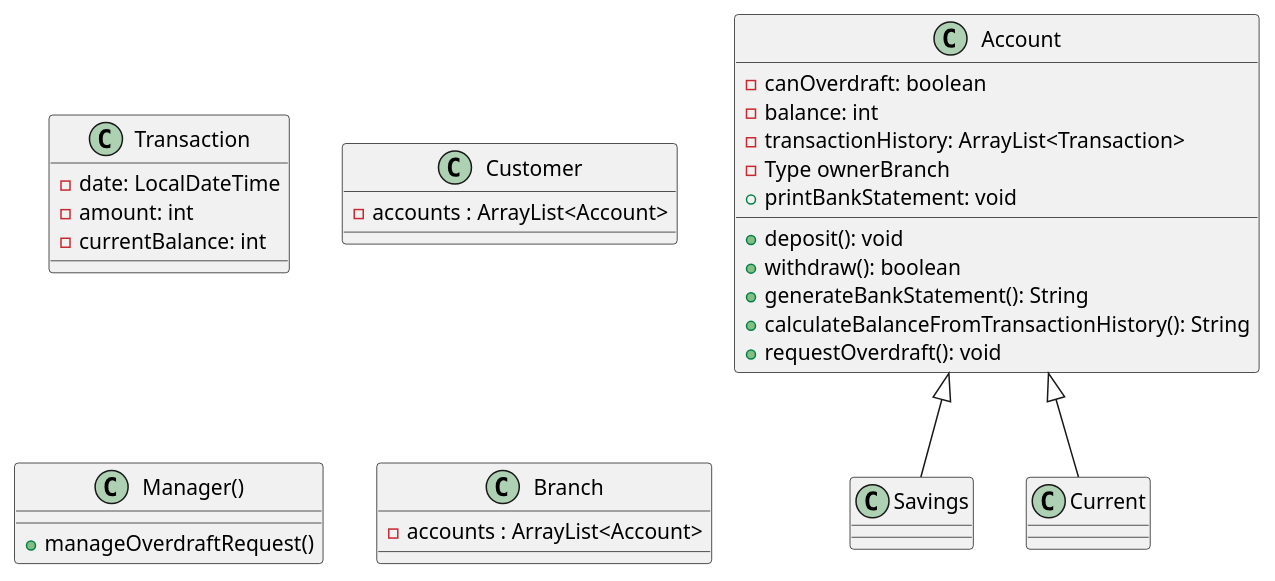
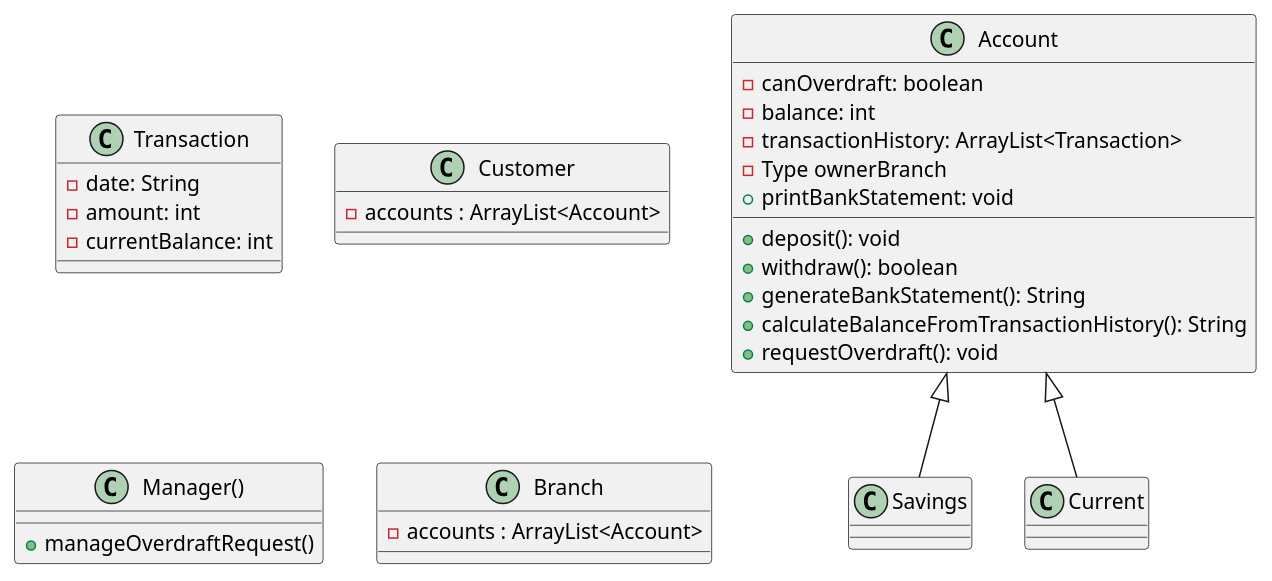
One commit to boolean-uk/java-tdd-oop-bank-challenge changed the diagram in classDiagram.puml. Above: the diagram before and after it, drawn with PlantUML. The commit also changed 1 other file, not shown here.

Commit message:
Changed date in Transaction class to string in class diagram and domain model.

```diff
--- a/classDiagram.puml
+++ b/classDiagram.puml
@@ -1,39 +1,39 @@
 @startuml
 
 Class Transaction {
-- date: LocalDateTime
+- date: String
 - amount: int
 - currentBalance: int
 }
 
 Class Customer {
 - accounts : ArrayList<Account>
 }
 
 Class Account {
 - canOverdraft: boolean
 - balance: int
 - transactionHistory: ArrayList<Transaction>
 - Type ownerBranch
 + deposit(): void
 + withdraw(): boolean
 + generateBankStatement(): String
 + calculateBalanceFromTransactionHistory(): String
 + printBankStatement: void
 + requestOverdraft(): void
 }
 
 Class Savings extends Account {
 }
 
 Class Current extends Account {
 }
 
 Class Manager(){
 + manageOverdraftRequest()
 }
 
 Class Branch {
 - accounts : ArrayList<Account>
 }
 @enduml
```
